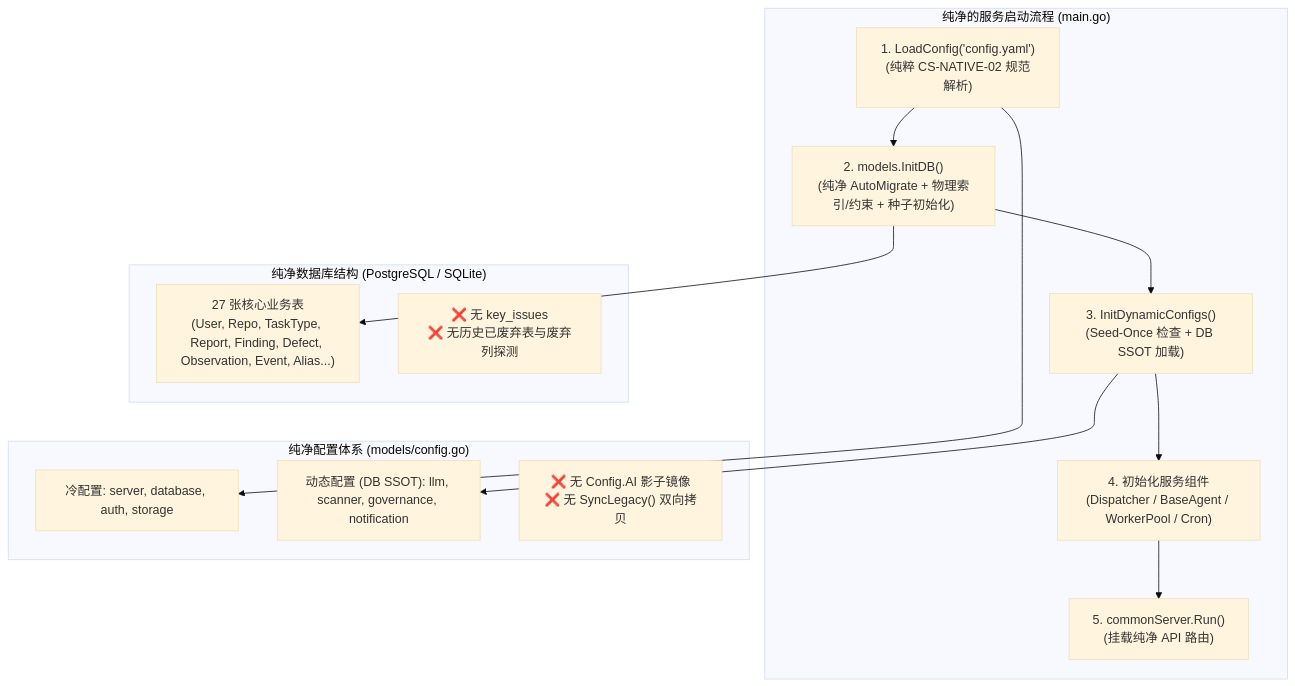
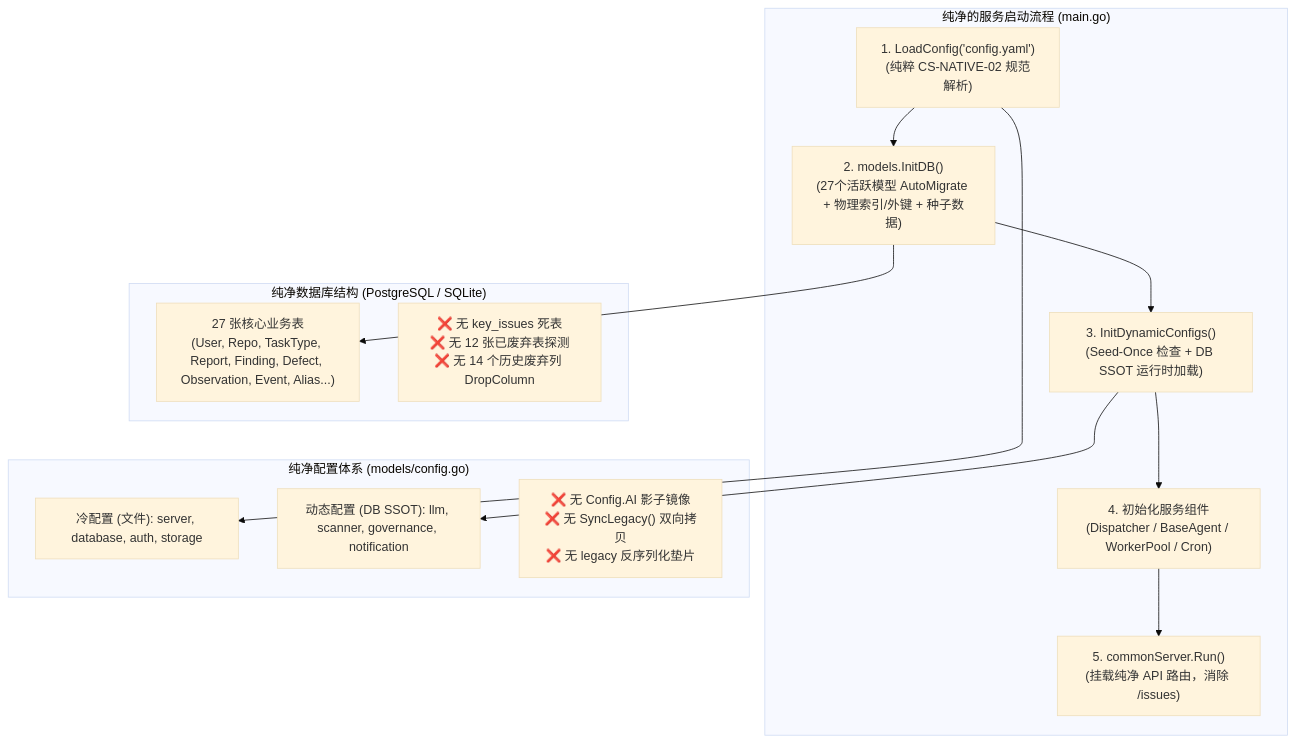
Before and after one commit to fugui/code-shield: the diagram in docs/03-rfcs/RFC-004-系统Release前夕过程性代码与历史兼容逻辑清理设计.md, drawn with Mermaid (base theme). The commit also changed other lines of this file, not shown here.

````diff
--- a/docs/03-rfcs/RFC-004-系统Release前夕过程性代码与历史兼容逻辑清理设计.md
+++ b/docs/03-rfcs/RFC-004-系统Release前夕过程性代码与历史兼容逻辑清理设计.md
@@ -78,24 +88,24 @@
 ```mermaid
 flowchart TD
     subgraph Boot ["纯净的服务启动流程 (main.go)"]
-        LoadCfg["1. LoadConfig('config.yaml')<br/>(纯粹 CS-NATIVE-02 规范解析)"] --> InitDB["2. models.InitDB()<br/>(纯净 AutoMigrate + 物理索引/约束 + 种子初始化)"]
-        InitDB --> InitDynamic["3. InitDynamicConfigs()<br/>(Seed-Once 检查 + DB SSOT 加载)"]
+        LoadCfg["1. LoadConfig('config.yaml')<br/>(纯粹 CS-NATIVE-02 规范解析)"] --> InitDB["2. models.InitDB()<br/>(27个活跃模型 AutoMigrate + 物理索引/外键 + 种子数据)"]
+        InitDB --> InitDynamic["3. InitDynamicConfigs()<br/>(Seed-Once 检查 + DB SSOT 运行时加载)"]
         InitDynamic --> InitServices["4. 初始化服务组件<br/>(Dispatcher / BaseAgent / WorkerPool / Cron)"]
-        InitServices --> StartServer["5. commonServer.Run()<br/>(挂载纯净 API 路由)"]
+        InitServices --> StartServer["5. commonServer.Run()<br/>(挂载纯净 API 路由，消除 /issues)"]
     end
 
     subgraph DB_Schema ["纯净数据库结构 (PostgreSQL / SQLite)"]
         Tables["27 张核心业务表<br/>(User, Repo, TaskType, Report, Finding, Defect, Observation, Event, Alias...)"]
-        NoDeadTables["❌ 无 key_issues<br/>❌ 无历史已废弃表与废弃列探测"]
+        NoDeadTables["❌ 无 key_issues 死表<br/>❌ 无 12 张已废弃表探测<br/>❌ 无 14 个历史废弃列 DropColumn"]
     end
 
     subgraph Config_SSOT ["纯净配置体系 (models/config.go)"]
-        Cold["冷配置: server, database, auth, storage"]
+        Cold["冷配置 (文件): server, database, auth, storage"]
         Hot["动态配置 (DB SSOT): llm, scanner, governance, notification"]
-        NoMirror["❌ 无 Config.AI 影子镜像<br/>❌ 无 SyncLegacy() 双向拷贝"]
+        NoMirror["❌ 无 Config.AI 影子镜像<br/>❌ 无 SyncLegacy() 双向拷贝<br/>❌ 无 legacy 反序列化垫片"]
     end
 
     InitDB --> Tables
     LoadCfg --> Cold
     InitDynamic --> Hot
 ```
````
